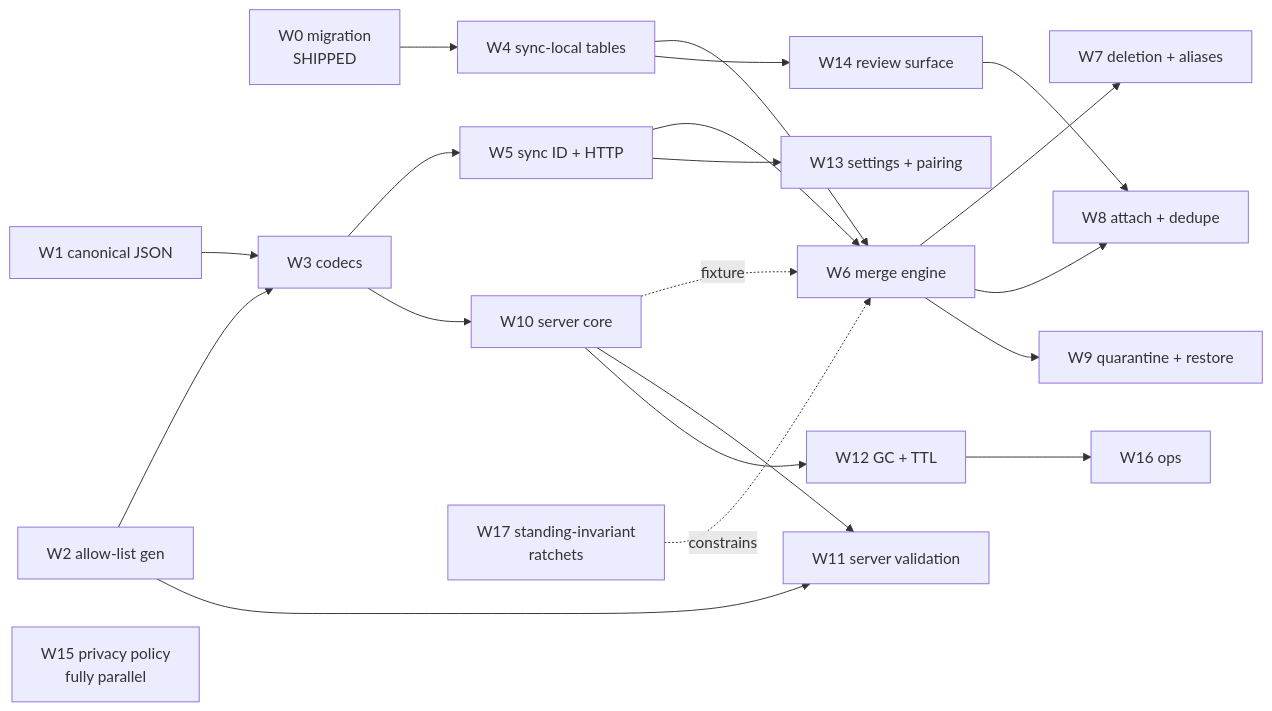
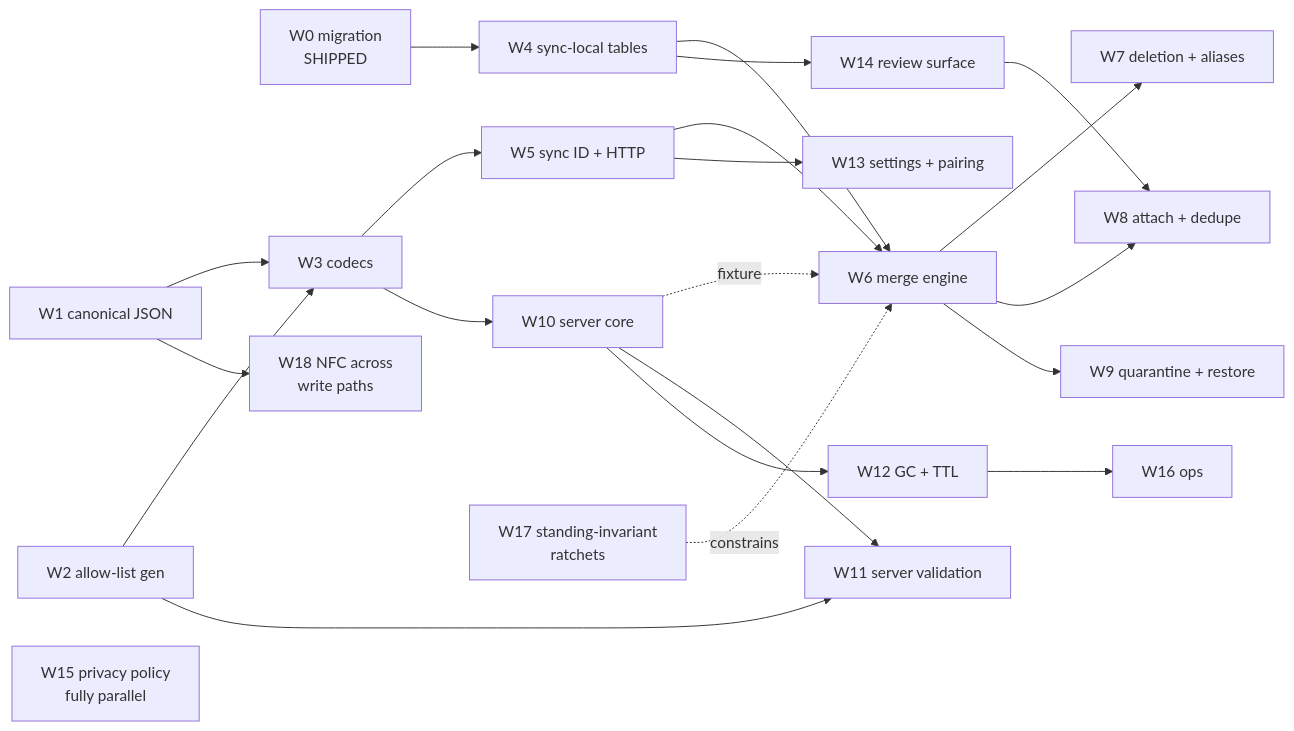
One commit to ibanner56/CallersCompendium changed the diagram in docs/design/sync-implementation.md. Above: the diagram before and after it, drawn with Mermaid. The commit also changed other lines of this file and 2 other files, not shown here.

````diff
--- a/docs/design/sync-implementation.md
+++ b/docs/design/sync-implementation.md
@@ -451,23 +519,24 @@
 ```mermaid
 graph LR
   W0[W0 migration<br/>SHIPPED] --> W4[W4 sync-local tables]
   W1[W1 canonical JSON] --> W3[W3 codecs]
   W2[W2 allow-list gen] --> W3
   W2 --> W11[W11 server validation]
   W3 --> W5[W5 sync ID + HTTP]
   W3 --> W10[W10 server core]
   W4 --> W6[W6 merge engine]
   W5 --> W6
   W10 -.fixture.-> W6
   W10 --> W11
   W10 --> W12[W12 GC + TTL]
   W6 --> W7[W7 deletion + aliases]
   W6 --> W8[W8 attach + dedupe]
   W6 --> W9[W9 quarantine + restore]
   W4 --> W14[W14 review surface]
   W14 --> W8
   W5 --> W13[W13 settings + pairing]
   W12 --> W16[W16 ops]
   W15[W15 privacy policy<br/>fully parallel]
   W17[W17 standing-invariant<br/>ratchets] -.constrains.-> W6
+  W1 --> W18[W18 NFC across<br/>write paths]
 ```
````
